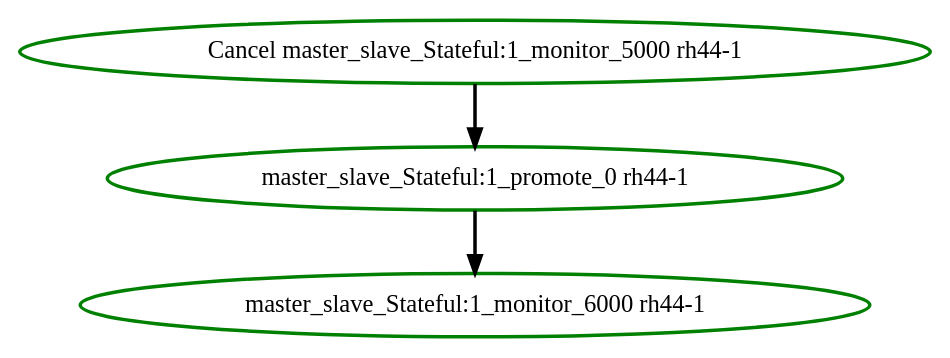
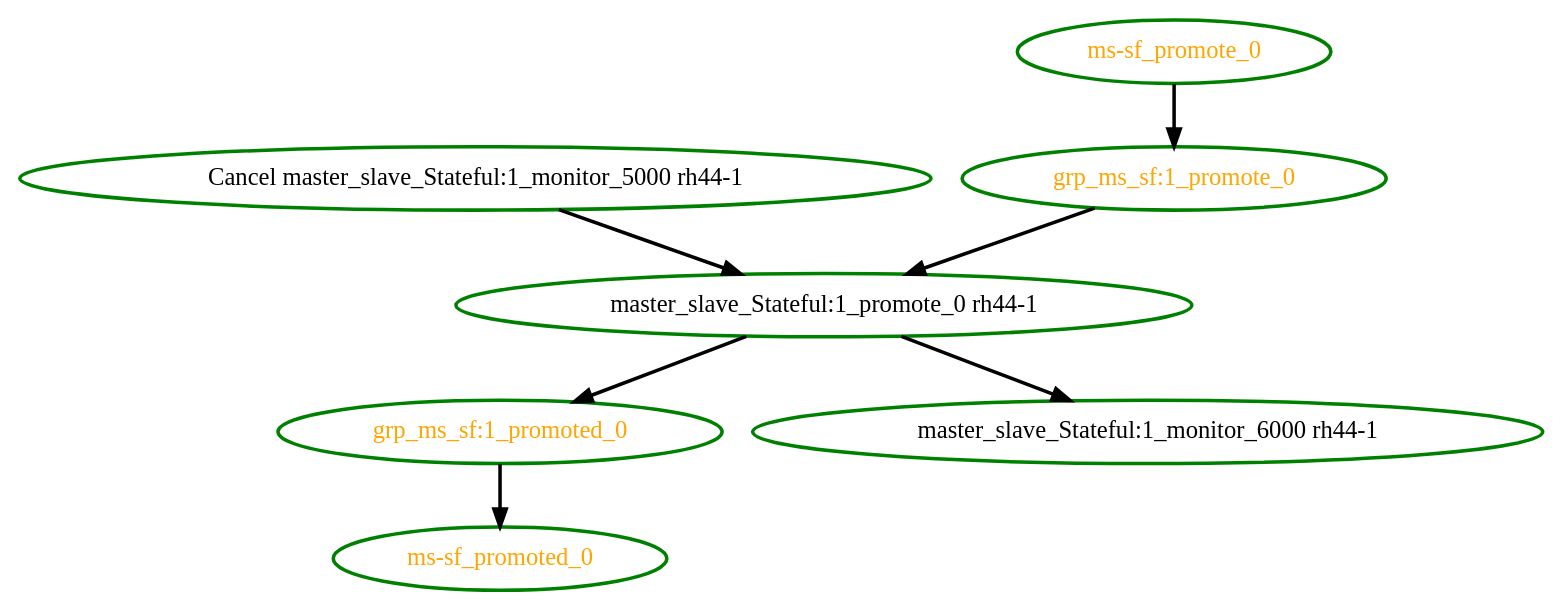
Before and after one commit to linux-ha-japan/pm_diskd: the diagram in pengine/testcases/master-group.dot, drawn with Graphviz. The commit also changed 27 other files, not shown here.

```diff
--- a/pengine/testcases/master-group.dot
+++ b/pengine/testcases/master-group.dot
@@ -1,7 +1,15 @@
 digraph "g" {
 "Cancel master_slave_Stateful:1_monitor_5000 rh44-1" -> "master_slave_Stateful:1_promote_0 rh44-1" [ style = bold]
 "Cancel master_slave_Stateful:1_monitor_5000 rh44-1" [ style=bold color="green" fontcolor="black"  ]
+"grp_ms_sf:1_promote_0" -> "master_slave_Stateful:1_promote_0 rh44-1" [ style = bold]
+"grp_ms_sf:1_promote_0" [ style=bold color="green" fontcolor="orange"  ]
+"grp_ms_sf:1_promoted_0" -> "ms-sf_promoted_0" [ style = bold]
+"grp_ms_sf:1_promoted_0" [ style=bold color="green" fontcolor="orange"  ]
 "master_slave_Stateful:1_monitor_6000 rh44-1" [ style=bold color="green" fontcolor="black"  ]
+"master_slave_Stateful:1_promote_0 rh44-1" -> "grp_ms_sf:1_promoted_0" [ style = bold]
 "master_slave_Stateful:1_promote_0 rh44-1" -> "master_slave_Stateful:1_monitor_6000 rh44-1" [ style = bold]
 "master_slave_Stateful:1_promote_0 rh44-1" [ style=bold color="green" fontcolor="black"  ]
+"ms-sf_promote_0" -> "grp_ms_sf:1_promote_0" [ style = bold]
+"ms-sf_promote_0" [ style=bold color="green" fontcolor="orange"  ]
+"ms-sf_promoted_0" [ style=bold color="green" fontcolor="orange"  ]
 }
```
